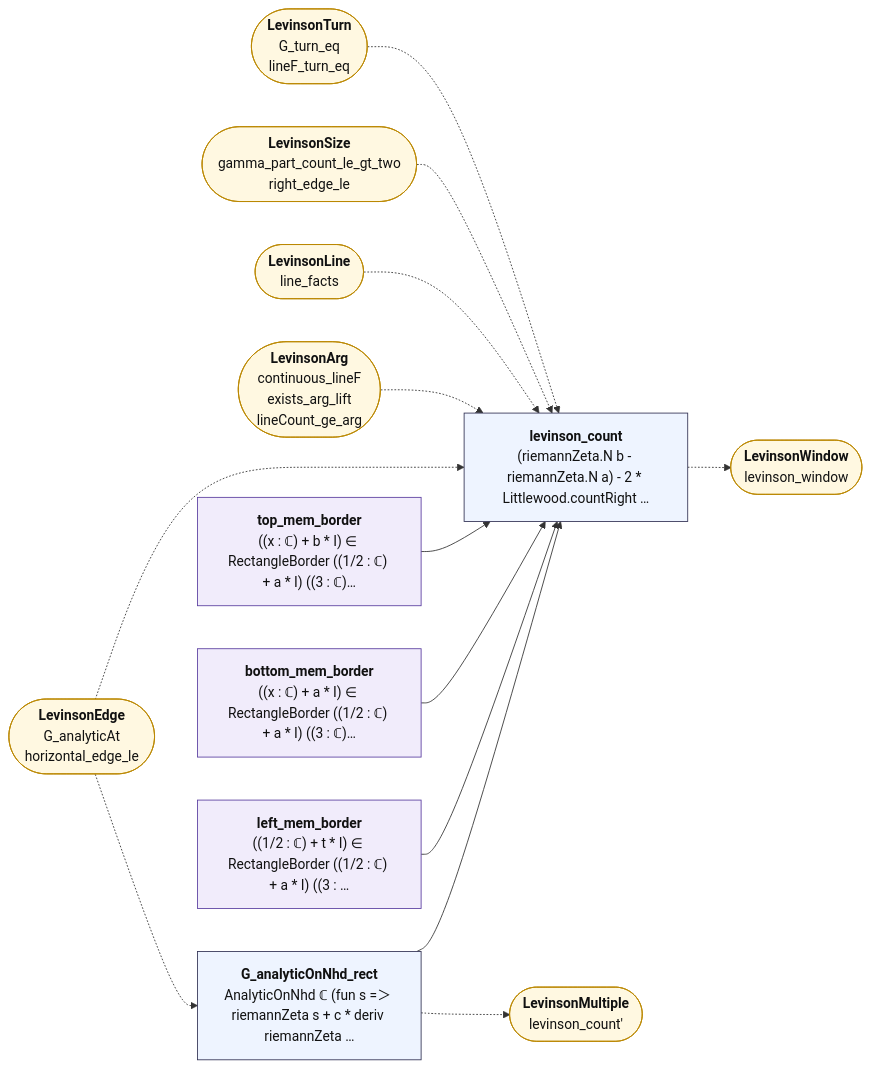
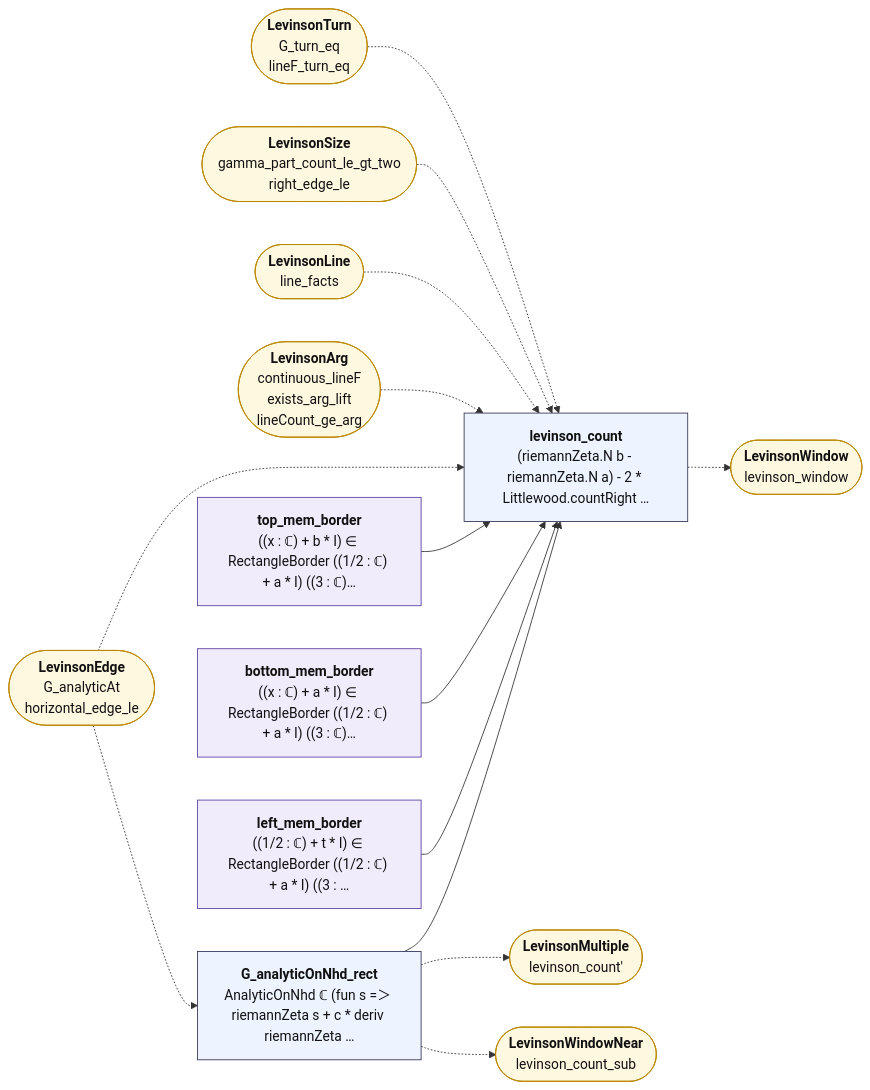
Before and after one commit to juliansambranojr/Primebeat_081426: the diagram in map/lean_stage3/LevinsonCount.md, drawn with Mermaid. The commit also changed other lines of this file and 40 other files, not shown here.

````diff
--- a/map/lean_stage3/LevinsonCount.md
+++ b/map/lean_stage3/LevinsonCount.md
@@ -14,35 +14,37 @@
 ```mermaid
 flowchart LR
   n0["<b>G_analyticOnNhd_rect</b><br/>AnalyticOnNhd ℂ (fun s =＞ riemannZeta s + c * deriv riemannZeta …"]:::thm
   n1["<b>left_mem_border</b><br/>((1/2 : ℂ) + t * I) ∈ RectangleBorder ((1/2 : ℂ) + a * I) ((3 : …"]:::shp
   n2["<b>bottom_mem_border</b><br/>((x : ℂ) + a * I) ∈ RectangleBorder ((1/2 : ℂ) + a * I) ((3 : ℂ)…"]:::shp
   n3["<b>top_mem_border</b><br/>((x : ℂ) + b * I) ∈ RectangleBorder ((1/2 : ℂ) + a * I) ((3 : ℂ)…"]:::shp
   n4["<b>levinson_count</b><br/>(riemannZeta.N b - riemannZeta.N a) - 2 * Littlewood.countRight …"]:::thm
   x0(["<b>LevinsonEdge</b><br/>G_analyticAt<br/>horizontal_edge_le"]):::ext
   x1(["<b>LevinsonMultiple</b><br/>levinson_count'"]):::ext
-  x2(["<b>LevinsonArg</b><br/>continuous_lineF<br/>exists_arg_lift<br/>lineCount_ge_arg"]):::ext
-  x3(["<b>LevinsonLine</b><br/>line_facts"]):::ext
-  x4(["<b>LevinsonSize</b><br/>gamma_part_count_le_gt_two<br/>right_edge_le"]):::ext
-  x5(["<b>LevinsonTurn</b><br/>G_turn_eq<br/>lineF_turn_eq"]):::ext
-  x6(["<b>LevinsonWindow</b><br/>levinson_window"]):::ext
+  x2(["<b>LevinsonWindowNear</b><br/>levinson_count_sub"]):::ext
+  x3(["<b>LevinsonArg</b><br/>continuous_lineF<br/>exists_arg_lift<br/>lineCount_ge_arg"]):::ext
+  x4(["<b>LevinsonLine</b><br/>line_facts"]):::ext
+  x5(["<b>LevinsonSize</b><br/>gamma_part_count_le_gt_two<br/>right_edge_le"]):::ext
+  x6(["<b>LevinsonTurn</b><br/>G_turn_eq<br/>lineF_turn_eq"]):::ext
+  x7(["<b>LevinsonWindow</b><br/>levinson_window"]):::ext
   n0 --> n4
   n1 --> n4
   n2 --> n4
   n3 --> n4
   n0 -.-> x1
-  n4 -.-> x6
+  n0 -.-> x2
+  n4 -.-> x7
   x0 -.-> n0
   x0 -.-> n4
-  x2 -.-> n4
   x3 -.-> n4
   x4 -.-> n4
   x5 -.-> n4
+  x6 -.-> n4
   classDef cnt fill:#dff5ec,stroke:#17694a,color:#111
   classDef shp fill:#f1ecfb,stroke:#5b3fa0,color:#111
   classDef rh fill:#ffe5e5,stroke:#c22,color:#111,stroke-width:2px
   classDef thm fill:#eef4ff,stroke:#335,color:#111
   classDef end_ fill:#e7f7e7,stroke:#2a7,color:#111,stroke-width:2px
   classDef lone fill:#fff,stroke:#999,color:#111,stroke-dasharray:4 3
   classDef bad fill:#ffe5e5,stroke:#c22,color:#111,stroke-width:2px
   classDef ext fill:#fff8e1,stroke:#b80,color:#111
 ```
````
